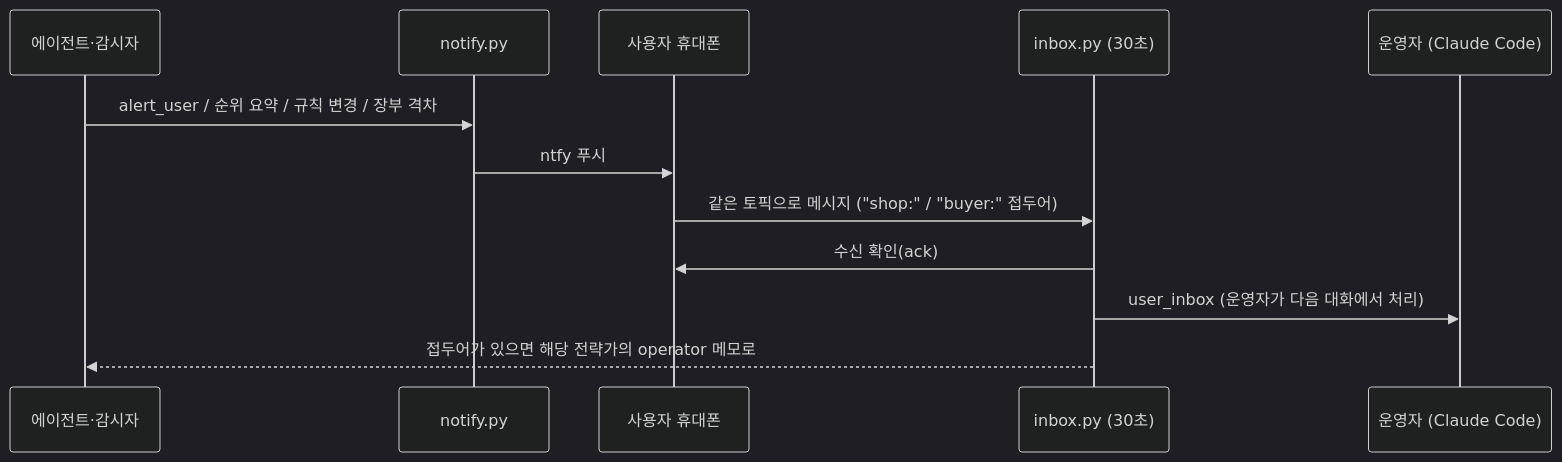
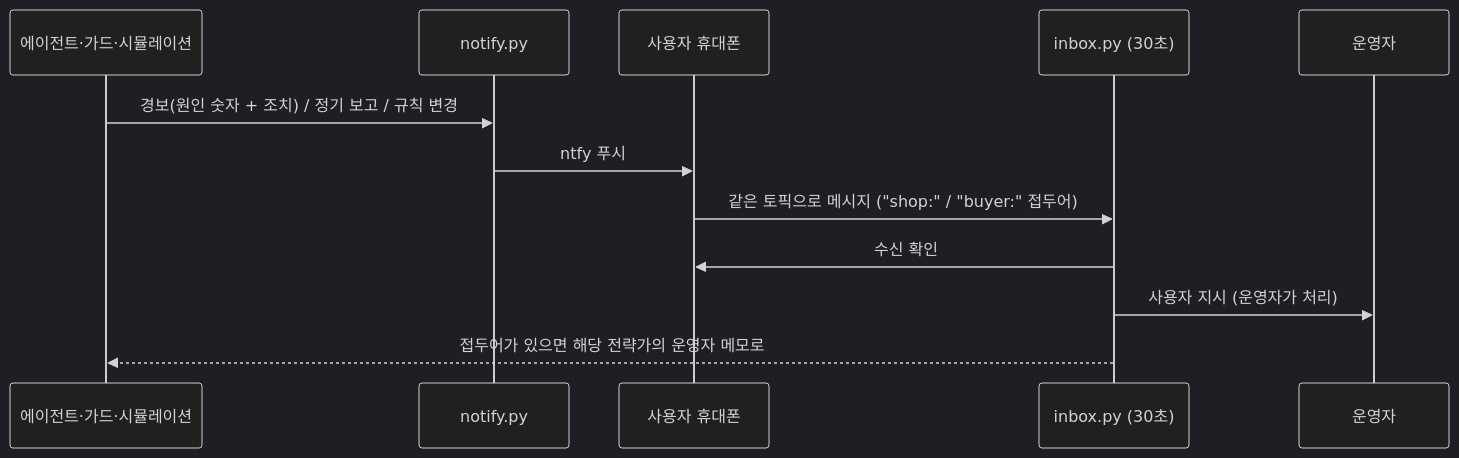
One commit to Q00/ai-agent-engineering-101 changed the third of 3 diagrams in submissions/23530007/week-08/REPORT.md. Above: the diagram before and after it, drawn with Mermaid (dark theme). The commit also changed other lines of this file and 3 other files, not shown here.

````diff
--- a/submissions/23530007/week-08/REPORT.md
+++ b/submissions/23530007/week-08/REPORT.md
@@ -149,14 +183,14 @@
 ```mermaid
 sequenceDiagram
-  participant A as 에이전트·감시자
+  participant A as 에이전트·가드·시뮬레이션
   participant N as notify.py
   participant P as 사용자 휴대폰
   participant I as inbox.py (30초)
-  participant O as 운영자 (Claude Code)
-  A->>N: alert_user / 순위 요약 / 규칙 변경 / 장부 격차
+  participant O as 운영자
+  A->>N: 경보(원인 숫자 + 조치) / 정기 보고 / 규칙 변경
   N->>P: ntfy 푸시
   P->>I: 같은 토픽으로 메시지 ("shop:" / "buyer:" 접두어)
-  I->>P: 수신 확인(ack)
-  I->>O: user_inbox (운영자가 다음 대화에서 처리)
-  I-->>A: 접두어가 있으면 해당 전략가의 operator 메모로
+  I->>P: 수신 확인
+  I->>O: 사용자 지시 (운영자가 처리)
+  I-->>A: 접두어가 있으면 해당 전략가의 운영자 메모로
 ```
````
